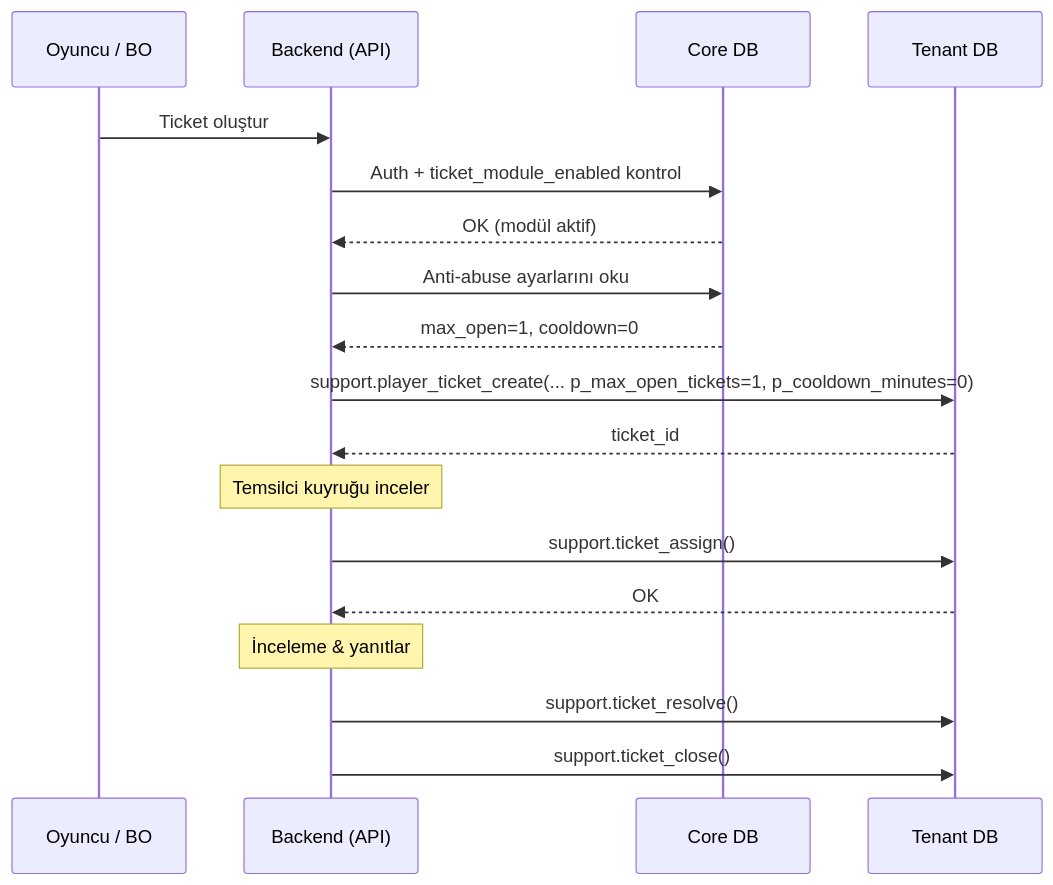
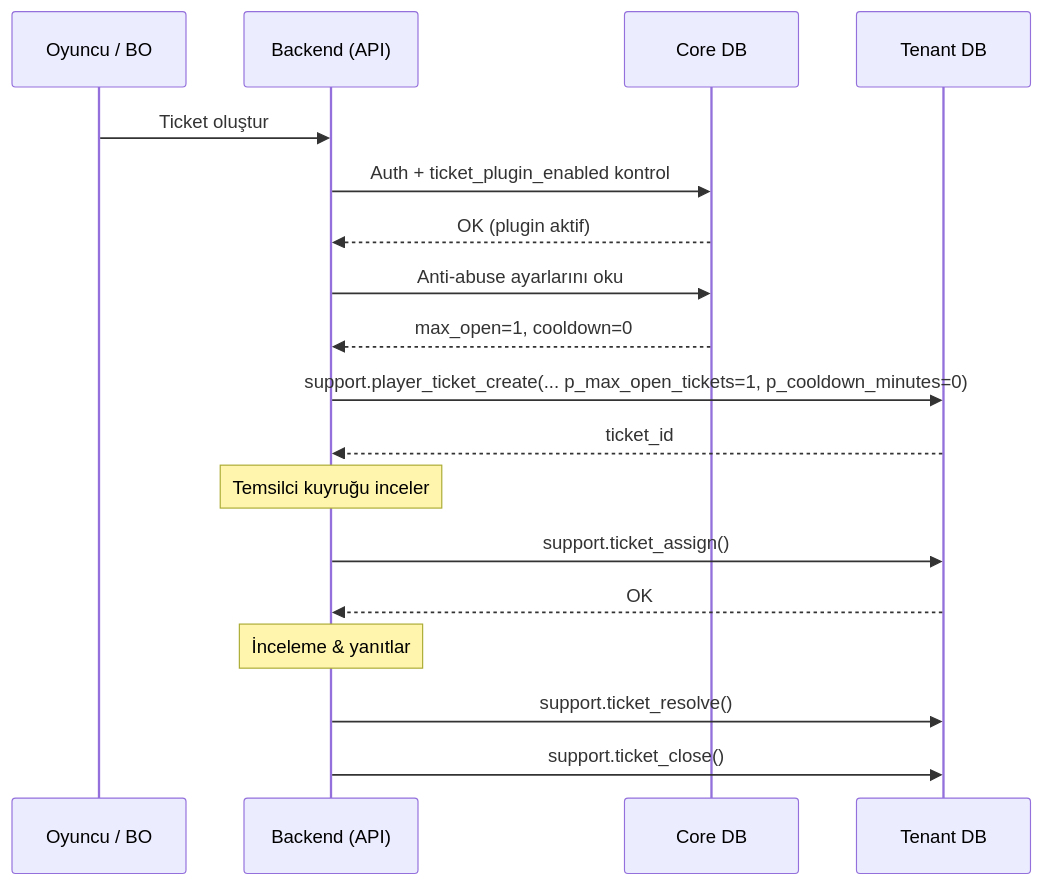
The second of 5 diagrams in .docs/guides/CALL_CENTER_GUIDE.md (frhtshn/One.DB), drawn with Mermaid before and after one commit. The commit also changed other lines of this file, not shown here.

Commit message:
fix: Update terminology from 'modül' to 'plugin' for consistency in call center guide

````diff
--- a/.docs/guides/CALL_CENTER_GUIDE.md
+++ b/.docs/guides/CALL_CENTER_GUIDE.md
@@ -65,25 +65,25 @@
 ```mermaid
 sequenceDiagram
     participant P as Oyuncu / BO
     participant BE as Backend (API)
     participant CORE as Core DB
     participant TENANT as Tenant DB
 
     P->>BE: Ticket oluştur
-    BE->>CORE: Auth + ticket_module_enabled kontrol
-    CORE-->>BE: OK (modül aktif)
+    BE->>CORE: Auth + ticket_plugin_enabled kontrol
+    CORE-->>BE: OK (plugin aktif)
     BE->>CORE: Anti-abuse ayarlarını oku
     CORE-->>BE: max_open=1, cooldown=0
     BE->>TENANT: support.player_ticket_create(... p_max_open_tickets=1, p_cooldown_minutes=0)
     TENANT-->>BE: ticket_id
 
     Note over BE: Temsilci kuyruğu inceler
 
     BE->>TENANT: support.ticket_assign()
     TENANT-->>BE: OK
 
     Note over BE: İnceleme & yanıtlar
 
     BE->>TENANT: support.ticket_resolve()
     BE->>TENANT: support.ticket_close()
 ```
````
